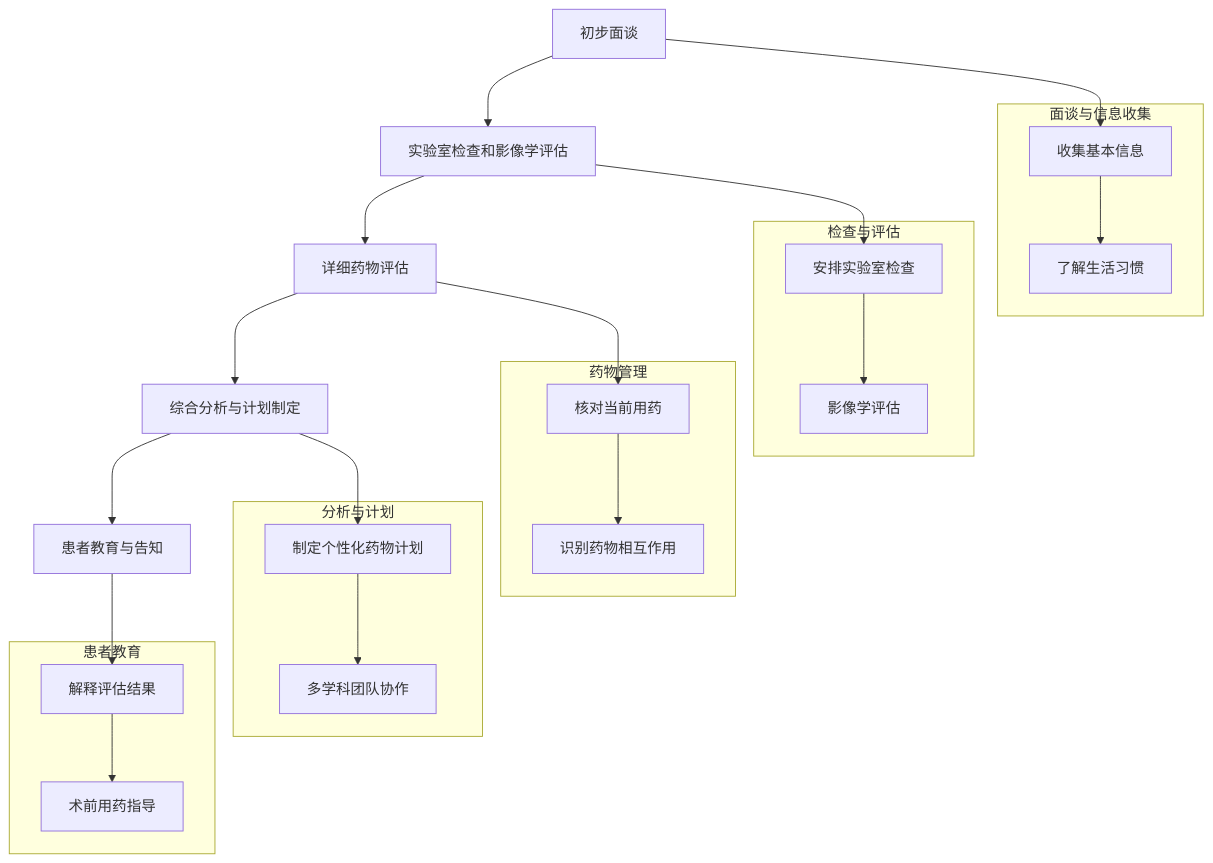
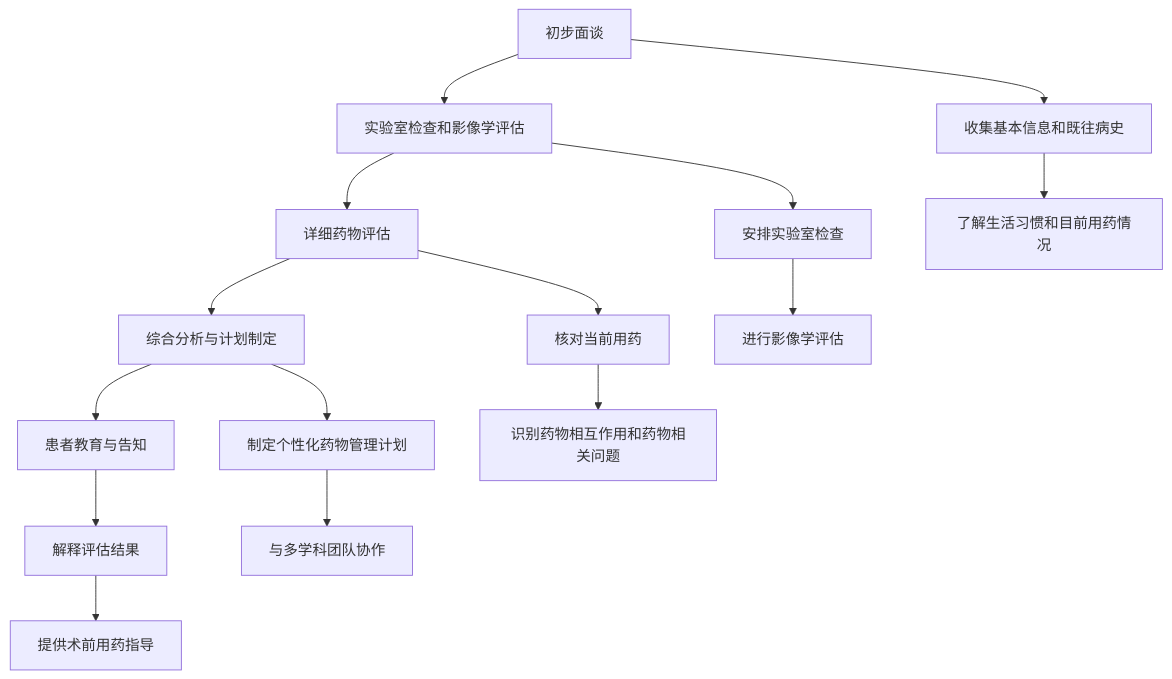
Before and after one commit to Jie-Wang001X/iodraw-files: the diagram in all/未命名.md, drawn with Mermaid.

Commit message:
2024-08-27 13:20:06 update

````diff
--- a/all/未命名.md
+++ b/all/未命名.md
@@ -1,43 +1,23 @@
 ```mermaid
-flowchart TD
+graph TD
   A[初步面谈] --> B[实验室检查和影像学评估]
   B --> C[详细药物评估]
   C --> D[综合分析与计划制定]
   D --> E[患者教育与告知]
   
-  subgraph 面谈与信息收集
-    A1[收集基本信息]
-    A2[了解生活习惯]
-  end
-  A --> A1
-  A1 --> A2
+  A --> A1[收集基本信息和既往病史]
+  A1 --> A2[了解生活习惯和目前用药情况]
   
-  subgraph 检查与评估
-    B1[安排实验室检查]
-    B2[影像学评估]
-  end
-  B --> B1
-  B1 --> B2
+  B --> B1[安排实验室检查]
+  B1 --> B2[进行影像学评估]
   
-  subgraph 药物管理
-    C1[核对当前用药]
-    C2[识别药物相互作用]
-  end
-  C --> C1
-  C1 --> C2
+  C --> C1[核对当前用药]
+  C1 --> C2[识别药物相互作用和药物相关问题]
   
-  subgraph 分析与计划
-    D1[制定个性化药物计划]
-    D2[多学科团队协作]
-  end
-  D --> D1
-  D1 --> D2
-  
-  subgraph 患者教育
-    E1[解释评估结果]
-    E2[术前用药指导]
-  end
-  E --> E1
-  E1 --> E2
+  D --> D1[制定个性化药物管理计划]
+  D1 --> D2[与多学科团队协作]
+
+  E --> E1[解释评估结果]
+  E1 --> E2[提供术前用药指导]
 
 ```
````
